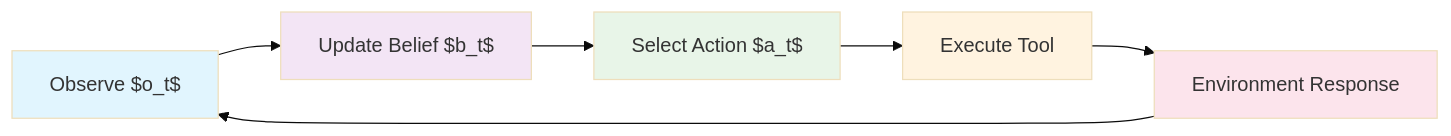
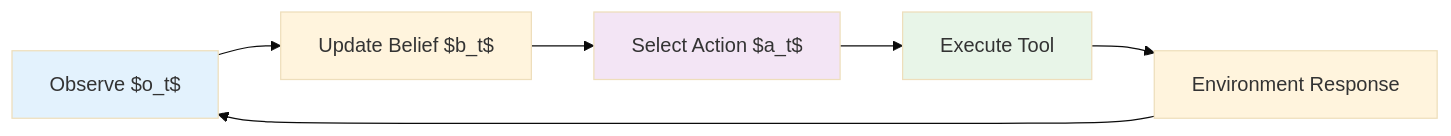
The first of 4 diagrams in talk.md (mldangelo/eairg-coding-agent-talk), drawn with Mermaid (base theme) before and after one commit. The commit also changed other lines of this file, not shown here.

````diff
--- a/talk.md
+++ b/talk.md
@@ -113,14 +151,12 @@
 ```mermaid
 graph LR
     A[Observe $o_t$] --> B[Update Belief $b_t$]
     B --> C[Select Action $a_t$]
     C --> D[Execute Tool]
     D --> E[Environment Response]
     E --> A
 
-    style A fill:#e1f5fe
-    style B fill:#f3e5f5
-    style C fill:#e8f5e8
-    style D fill:#fff3e0
-    style E fill:#fce4ec
+    style A fill:#e3f2fd
+    style C fill:#f3e5f5
+    style D fill:#e8f5e8
 ```
````
